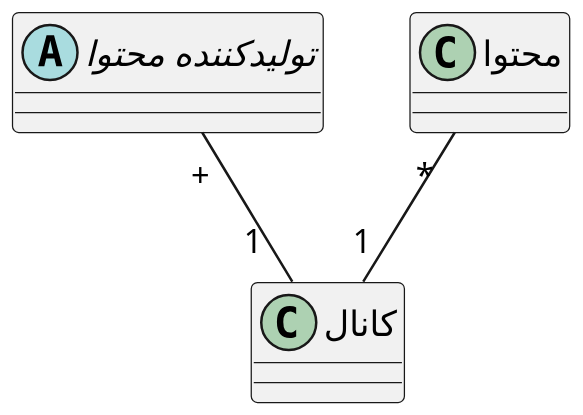
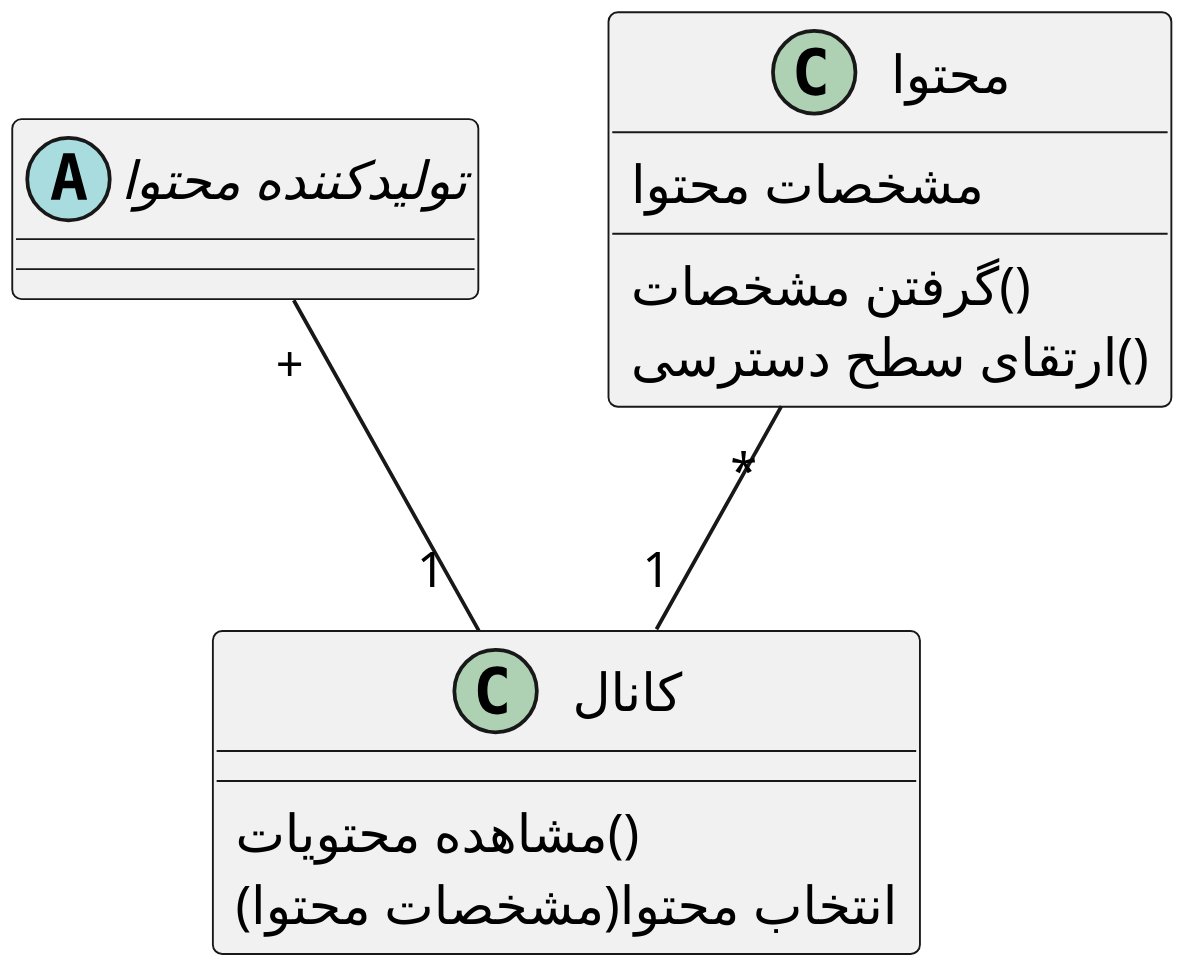
The diagram in Diagrams/Class/PromoteContent.puml (soleyman79/Qasedak), drawn with PlantUML before and after one commit. The commit also changed 1 other file, not shown here.

Commit message:
Complete promote content

```diff
--- a/Diagrams/Class/PromoteContent.puml
+++ b/Diagrams/Class/PromoteContent.puml
@@ -1,19 +1,26 @@
-@startuml create_content
+@startuml promote_content
 
-scale 2
+
+scale 3
 skinparam DefaultFontName B Nazanin
 skinparam ArrowMessageAlignment right
 
 abstract "تولیدکننده محتوا" as producer {
 }
 
 class "محتوا" as content {
+    مشخصات محتوا
+    گرفتن مشخصات()
+    ارتقای سطح دسترسی()
 }
 
 class "کانال" as chanel {
+    مشاهده محتویات()
+    انتخاب محتوا(مشخصات محتوا)
 }
 
 content "           *" -- "1" chanel
 producer "+" -- "                   1" chanel
 
+
 @enduml
```
